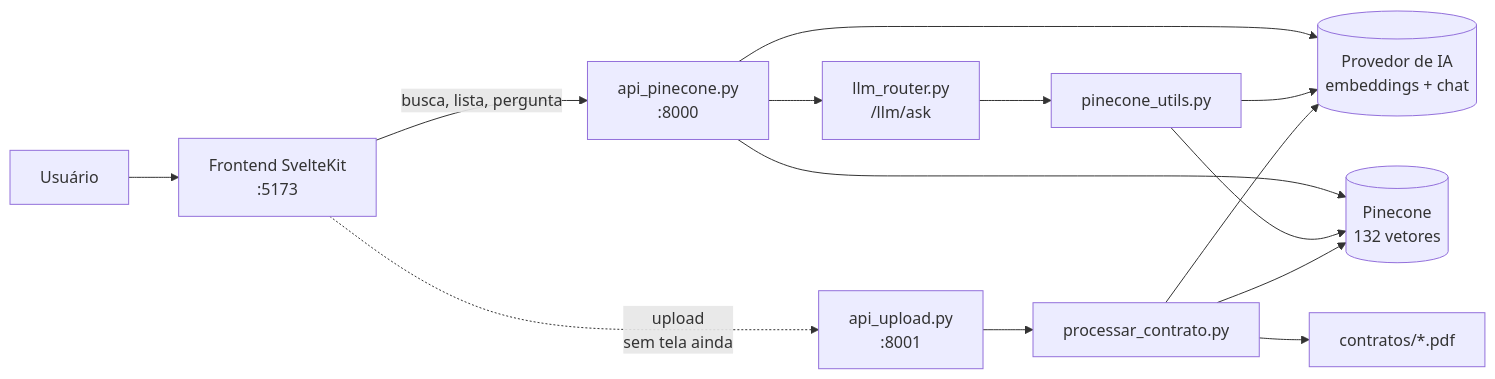
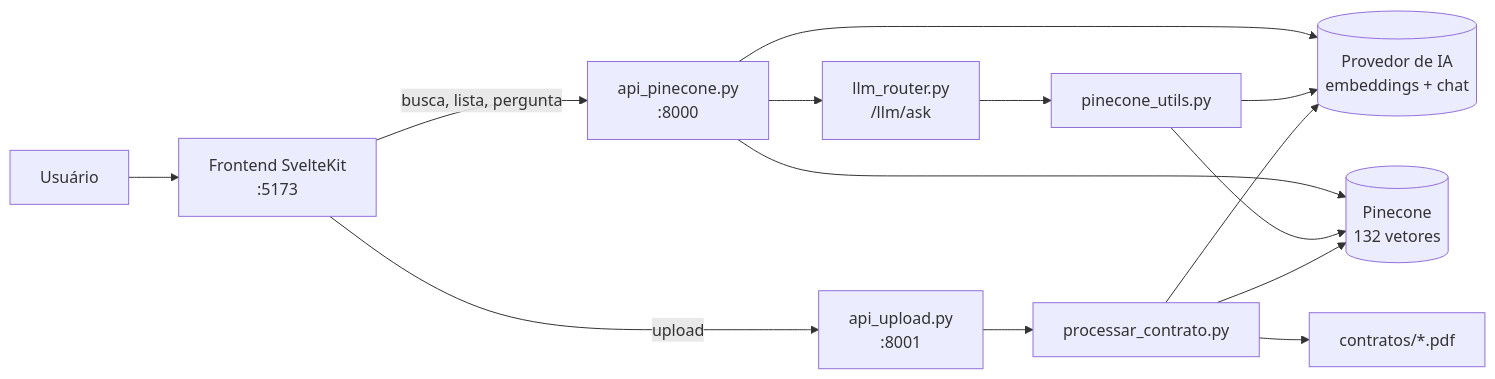
One commit to efdourado/fs-porto changed the first of 4 diagrams in docs/01-visao-geral.md. Above: the diagram before and after it, drawn with Mermaid. The commit also changed 4 other files, not shown here.

````diff
--- a/docs/01-visao-geral.md
+++ b/docs/01-visao-geral.md
@@ -48,12 +48,12 @@
 ```mermaid
 graph LR
     U[Usuário] --> F[Frontend SvelteKit<br/>:5173]
     F -->|busca, lista, pergunta| A[api_pinecone.py<br/>:8000]
-    F -.->|upload<br/>sem tela ainda| UP[api_upload.py<br/>:8001]
+    F -->|upload| UP[api_upload.py<br/>:8001]
     A --> L[llm_router.py<br/>/llm/ask]
     L --> PU[pinecone_utils.py]
     UP --> P[processar_contrato.py]
     A & PU & P --> IA[(Provedor de IA<br/>embeddings + chat)]
     A & PU & P --> PC[(Pinecone<br/>132 vetores)]
     P --> PDF[contratos/*.pdf]
 ```
````
